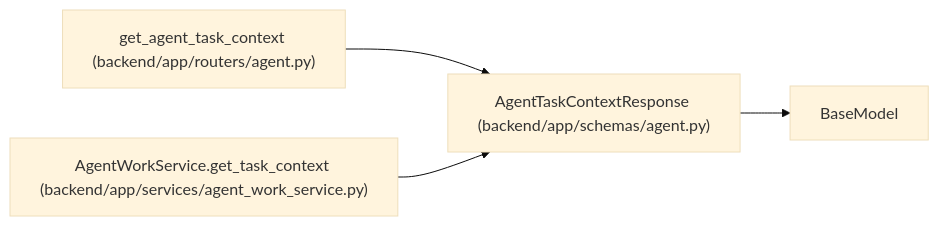
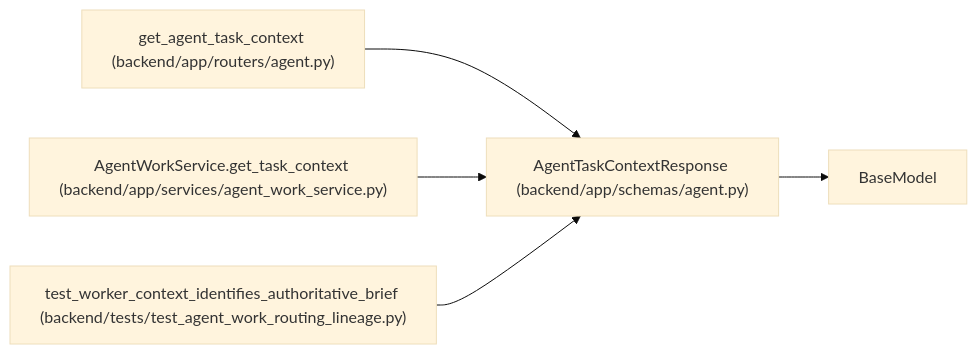
The diagram in docs/llm_wiki/entities/AgentTaskContextResponse.md (Denissvgn/WorkChord), drawn with Mermaid (base theme) before and after one commit. The commit also changed other lines of this file and 6624 other files, not shown here.

````diff
--- a/docs/llm_wiki/entities/AgentTaskContextResponse.md
+++ b/docs/llm_wiki/entities/AgentTaskContextResponse.md
@@ -34,13 +38,16 @@
 ```mermaid
 flowchart LR
     n0["AgentTaskContextResponse (backend/app/schemas/agent.py)"]
     n1["BaseModel"]
     n2["get_agent_task_context (backend/app/routers/agent.py)"]
     n3["AgentWorkService.get_task_context (backend/app/services/agent_work_service.py)"]
+    n4["test_worker_context_identifies_authoritative_brief (backend/tests/test_agent_work_routing_lineage.py)"]
     n0 --> n1
     n2 --> n0
     n3 --> n0
+    n4 --> n0
     click n0 "../modules/schemas_agent.md"
     click n2 "../modules/routers_agent.md"
     click n3 "../modules/agent_work_service.md"
+    click n4 "../modules/test_agent_work_routing_lineage.md"
 ```
````
